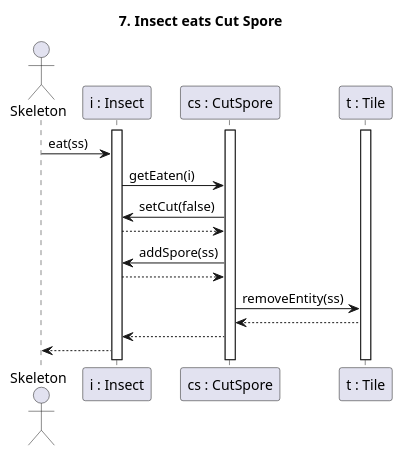
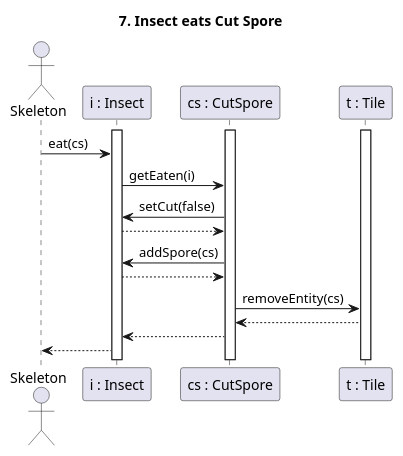
Before and after one commit to Harcipan/Projlab_nullpointerexception: the diagram in diagrams/diagramFiles/SQ7_InsectCutSpore.puml, drawn with PlantUML. The commit also changed 11 other files, not shown here.

Commit message:
hopefully final SQ diagram fix

```diff
--- a/diagrams/diagramFiles/SQ7_InsectCutSpore.puml
+++ b/diagrams/diagramFiles/SQ7_InsectCutSpore.puml
@@ -1,28 +1,28 @@
 @startuml Insect eating
 
 title 7. Insect eats Cut Spore
 
 actor "Skeleton" as PP
 participant "i : Insect" as I
 participant "cs : CutSpore" as Sp
 participant "t : Tile" as T
 
 activate I
 activate T
 activate Sp
 
-PP -> I : eat(ss)
+PP -> I : eat(cs)
 I -> Sp : getEaten(i)
 Sp -> I : setCut(false)
 I --> Sp
-Sp -> I : addSpore(ss)
+Sp -> I : addSpore(cs)
 I --> Sp
 
-Sp -> T : removeEntity(ss)
+Sp -> T : removeEntity(cs)
 T --> Sp
 Sp --> I
 
 I --> PP
 
 
 @enduml
```
